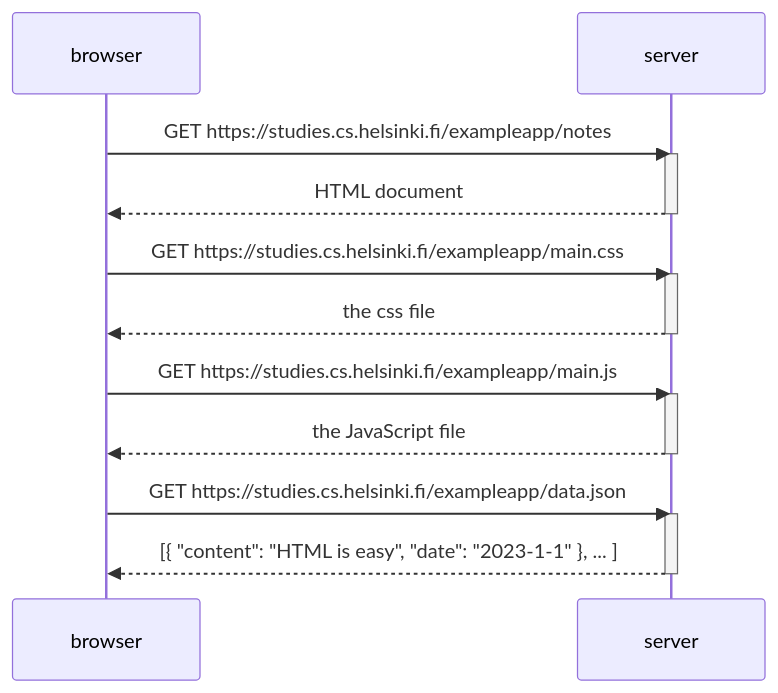
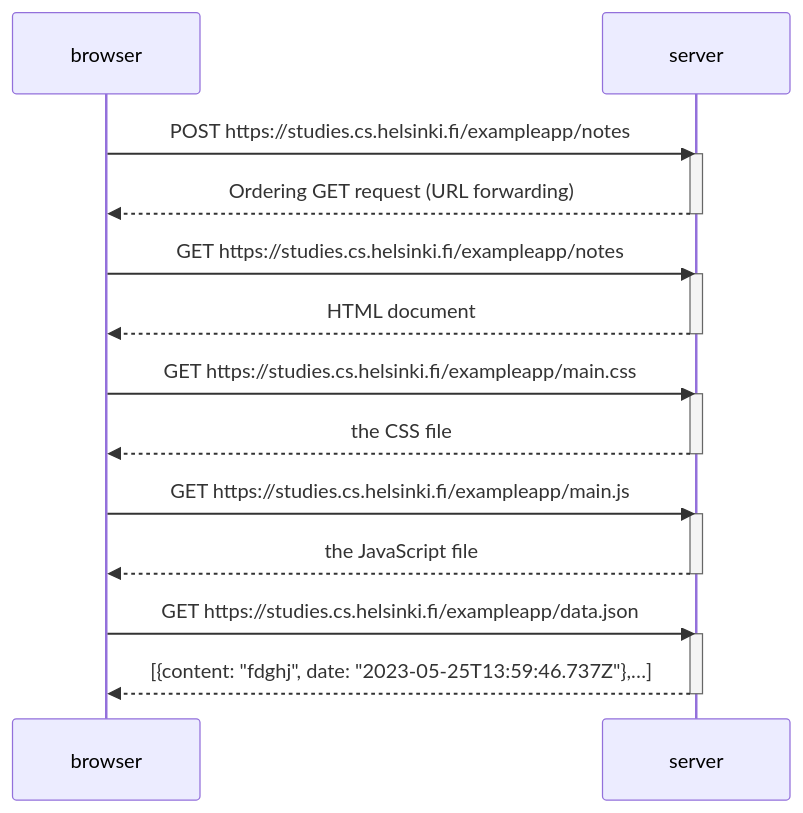
The diagram in part0/```mermaid.md (oh-bekzat/fullstack23), drawn with Mermaid before and after one commit. The commit also changed other lines of this file, not shown here.

````diff
--- a/part0/```mermaid.md
+++ b/part0/```mermaid.md
@@ -1,25 +1,30 @@
 ```mermaid
 sequenceDiagram
     participant browser
     participant server
+
+    browser->>server: POST https://studies.cs.helsinki.fi/exampleapp/notes
+    activate server
+    server-->>browser: Ordering GET request (URL forwarding)
+    deactivate server
 
     browser->>server: GET https://studies.cs.helsinki.fi/exampleapp/notes
     activate server
     server-->>browser: HTML document
     deactivate server
 
     browser->>server: GET https://studies.cs.helsinki.fi/exampleapp/main.css
     activate server
-    server-->>browser: the css file
+    server-->>browser: the CSS file
     deactivate server
 
     browser->>server: GET https://studies.cs.helsinki.fi/exampleapp/main.js
     activate server
     server-->>browser: the JavaScript file
     deactivate server
 
     browser->>server: GET https://studies.cs.helsinki.fi/exampleapp/data.json
     activate server
-    server-->>browser: [{ "content": "HTML is easy", "date": "2023-1-1" }, ... ]
+    server-->>browser: [{content: "fdghj", date: "2023-05-25T13:59:46.737Z"},…]
     deactivate server
 ```
````
